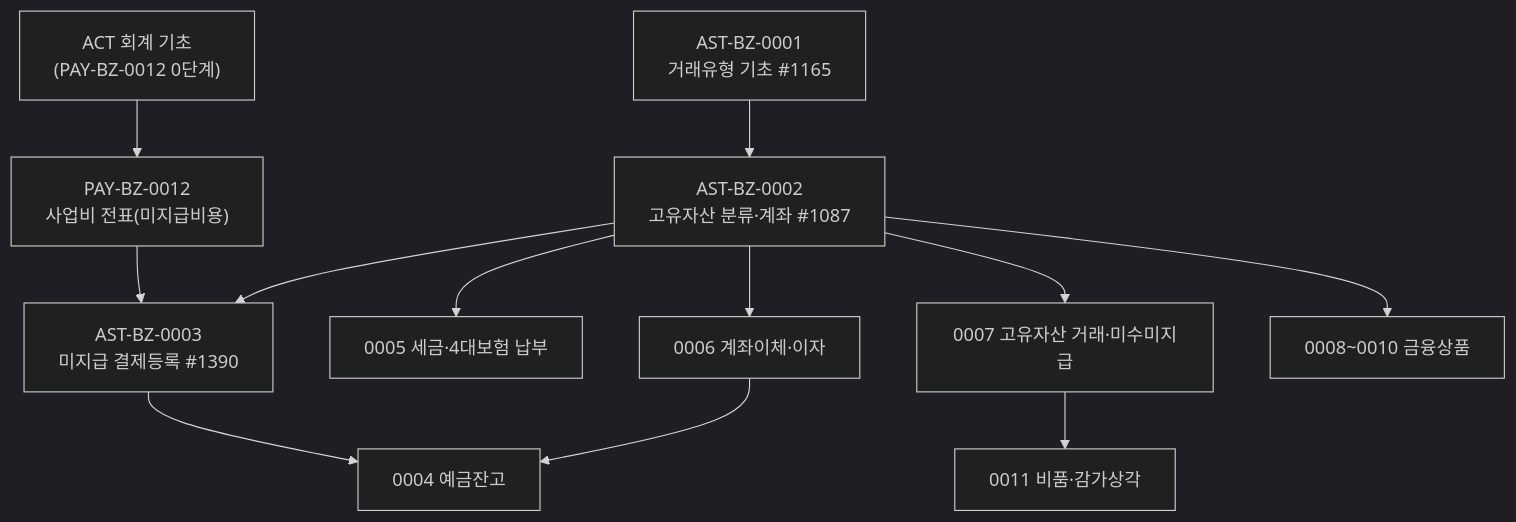
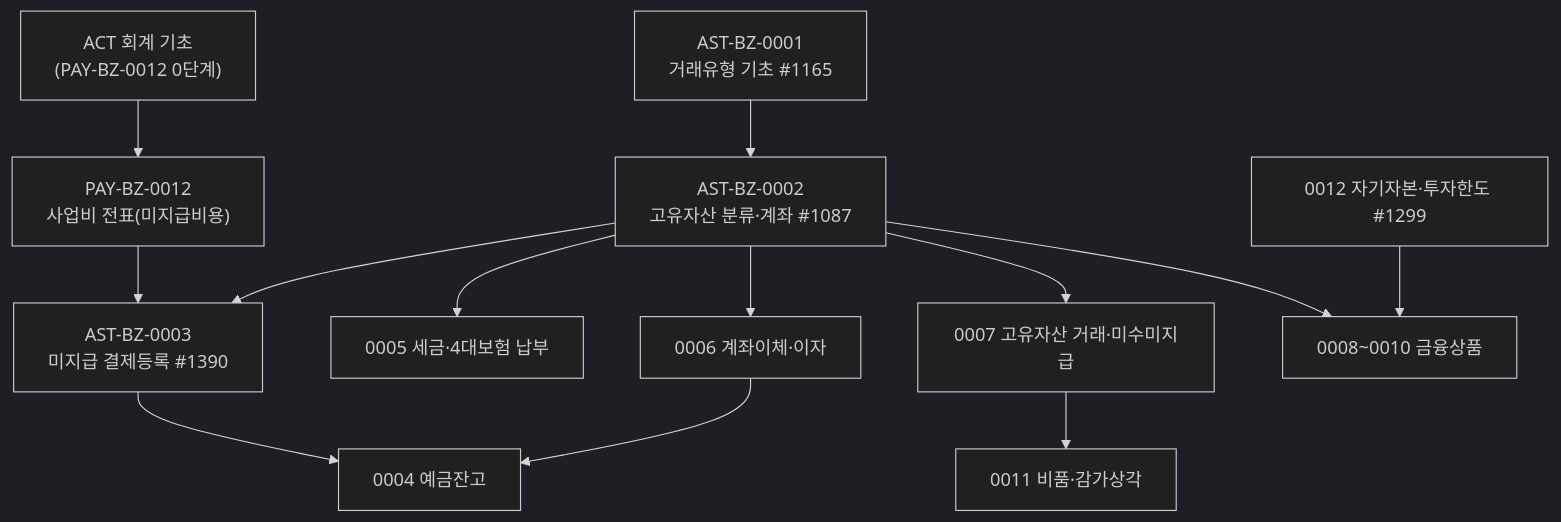
The diagram in AssetERP/docs/2-업무분석/biz-event/AST/AST-업무흐름.md (KimDoYoung/framework-sprt), drawn with Mermaid (dark theme) before and after one commit. The commit also changed other lines of this file and 4 other files, not shown here.

Commit message:
업무분석 AST: AST-BZ-0012 자기자본·투자한도 실행·문서화, 의심 #115~#116

````diff
--- a/AssetERP/docs/2-업무분석/biz-event/AST/AST-업무흐름.md
+++ b/AssetERP/docs/2-업무분석/biz-event/AST/AST-업무흐름.md
@@ -5,20 +5,22 @@
 ```mermaid
 flowchart TD
     ACT["ACT 회계 기초<br/>(PAY-BZ-0012 0단계)"]
     A1["AST-BZ-0001<br/>거래유형 기초 #1165"]
     A2["AST-BZ-0002<br/>고유자산 분류·계좌 #1087"]
     P12["PAY-BZ-0012<br/>사업비 전표(미지급비용)"]
     A3["AST-BZ-0003<br/>미지급 결제등록 #1390"]
     A4["0004 예금잔고"]
     A5["0005 세금·4대보험 납부"]
     A6["0006 계좌이체·이자"]
     A7["0007 고유자산 거래·미수미지급"]
     A8["0008~0010 금융상품"]
     A11["0011 비품·감가상각"]
+    A12["0012 자기자본·투자한도 #1299"]
+    A12 --> A8
     A1 --> A2 --> A3 --> A4
     ACT --> P12 --> A3
     A2 --> A5
     A2 --> A6 --> A4
     A2 --> A7 --> A11
     A2 --> A8
 ```
````
